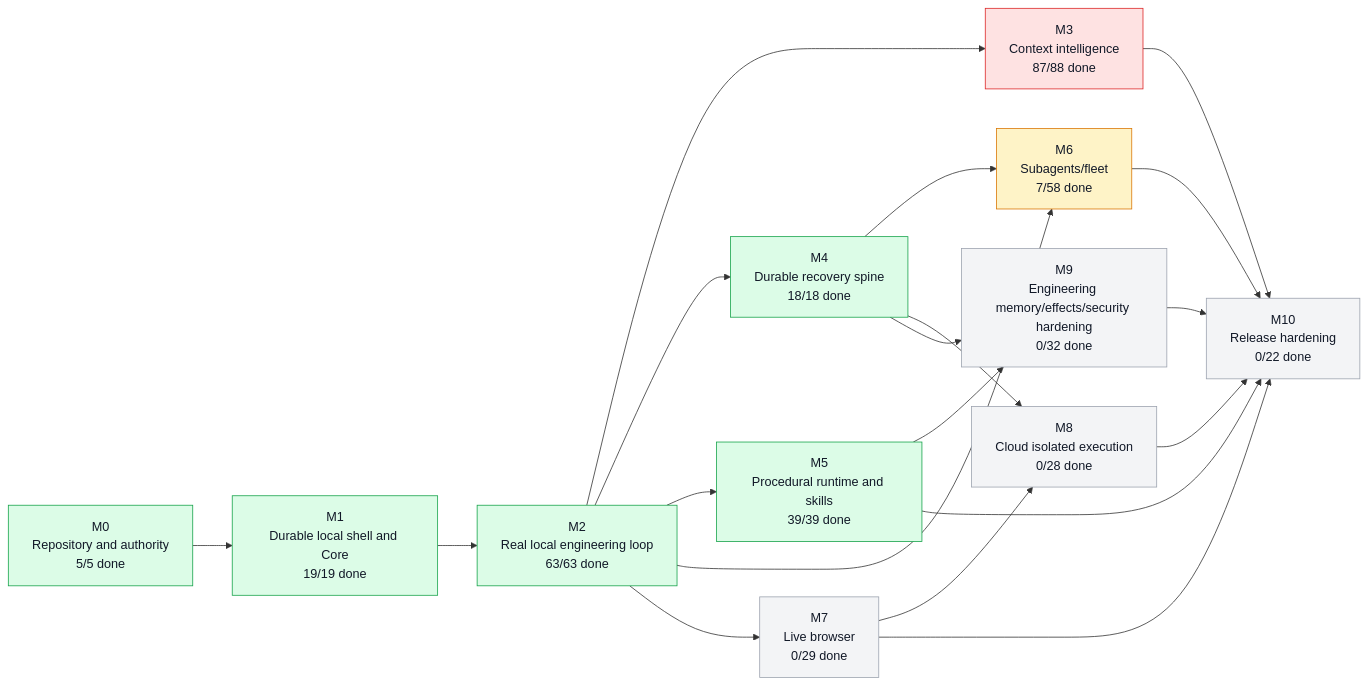
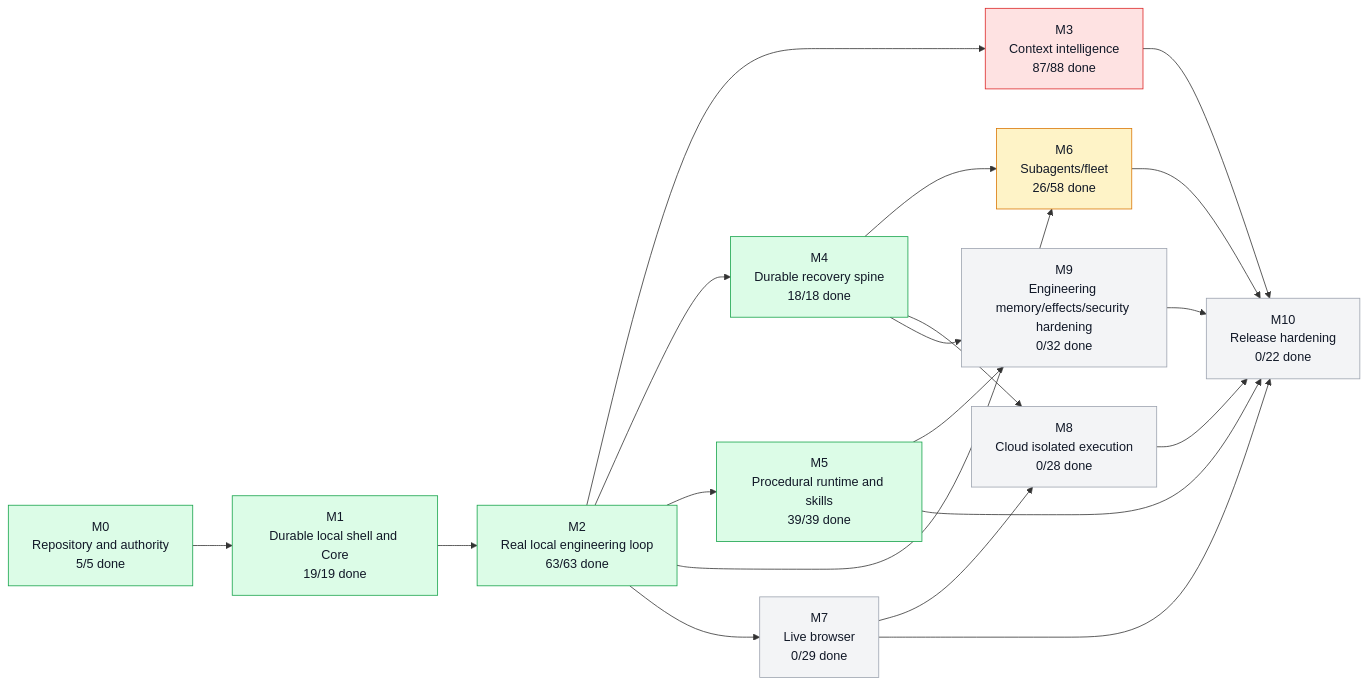
Before and after one commit to moss101/modbit: the first of 5 diagrams in graph/PROJECT_GRAPH.md, drawn with Mermaid. The commit also changed other lines of this file and 42 other files, not shown here.

````diff
--- a/graph/PROJECT_GRAPH.md
+++ b/graph/PROJECT_GRAPH.md
@@ -57,43 +57,43 @@
 ```mermaid
 flowchart LR
   M0["M0<br/>Repository and authority<br/>5/5 done"]
   M1["M1<br/>Durable local shell and Core<br/>19/19 done"]
   M2["M2<br/>Real local engineering loop<br/>63/63 done"]
   M3["M3<br/>Context intelligence<br/>87/88 done"]
   M4["M4<br/>Durable recovery spine<br/>18/18 done"]
   M5["M5<br/>Procedural runtime and skills<br/>39/39 done"]
-  M6["M6<br/>Subagents/fleet<br/>7/58 done"]
+  M6["M6<br/>Subagents/fleet<br/>26/58 done"]
   M7["M7<br/>Live browser<br/>0/29 done"]
   M8["M8<br/>Cloud isolated execution<br/>0/28 done"]
   M9["M9<br/>Engineering memory/effects/security hardening<br/>0/32 done"]
   M10["M10<br/>Release hardening<br/>0/22 done"]
   M0 --> M1
   M1 --> M2
   M2 --> M3
   M2 --> M4
   M2 --> M5
   M2 --> M6
   M4 --> M6
   M2 --> M7
   M4 --> M8
   M7 --> M8
   M4 --> M9
   M5 --> M9
   M3 --> M10
   M5 --> M10
   M6 --> M10
   M7 --> M10
   M8 --> M10
   M9 --> M10
   style M0 fill:#dcfce7,stroke:#16a34a,color:#111827
   style M1 fill:#dcfce7,stroke:#16a34a,color:#111827
   style M2 fill:#dcfce7,stroke:#16a34a,color:#111827
   style M3 fill:#fee2e2,stroke:#dc2626,color:#111827
   style M4 fill:#dcfce7,stroke:#16a34a,color:#111827
   style M5 fill:#dcfce7,stroke:#16a34a,color:#111827
   style M6 fill:#fef3c7,stroke:#d97706,color:#111827
   style M7 fill:#f3f4f6,stroke:#9ca3af,color:#111827
   style M8 fill:#f3f4f6,stroke:#9ca3af,color:#111827
   style M9 fill:#f3f4f6,stroke:#9ca3af,color:#111827
   style M10 fill:#f3f4f6,stroke:#9ca3af,color:#111827
 ```
````
